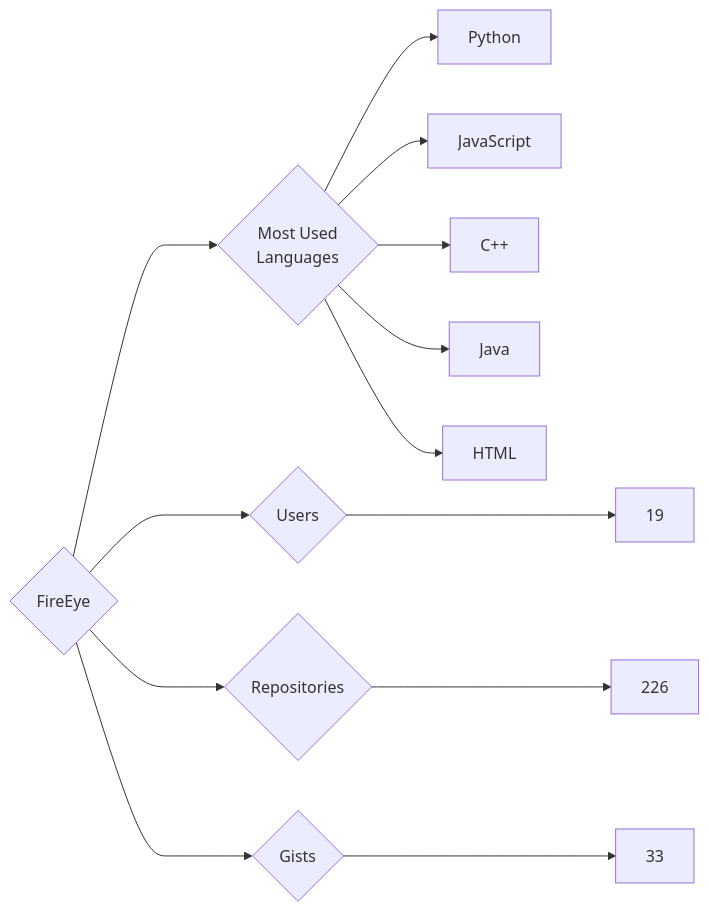
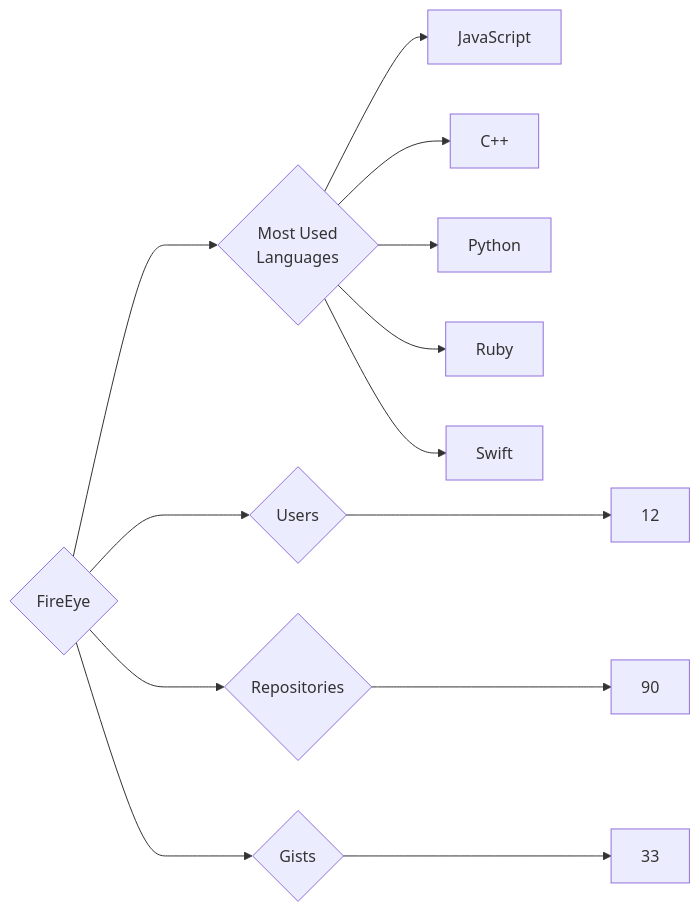
Before and after one commit to trickest/insiders: the diagram in targets/FireEye/README.md, drawn with Mermaid. The commit also changed 847 other files, not shown here.

````diff
--- a/targets/FireEye/README.md
+++ b/targets/FireEye/README.md
@@ -3,13 +3,13 @@
 ```mermaid
 graph LR
 COMPANY_NAME{FireEye}
-COMPANY_NAME ---> U{Users} ---> UN[19]
-COMPANY_NAME ---> R{Repositories} ---> RN[226]
+COMPANY_NAME ---> U{Users} ---> UN[12]
+COMPANY_NAME ---> R{Repositories} ---> RN[90]
 COMPANY_NAME ---> G{Gists} ---> GN[33]
 COMPANY_NAME ---> ML{Most Used<br>Languages}
-ML --> Python[Python]
 ML --> JavaScript[JavaScript]
 ML --> C++[C++]
-ML --> Java[Java]
-ML --> HTML[HTML]
+ML --> Python[Python]
+ML --> Ruby[Ruby]
+ML --> Swift[Swift]
 ```
````
